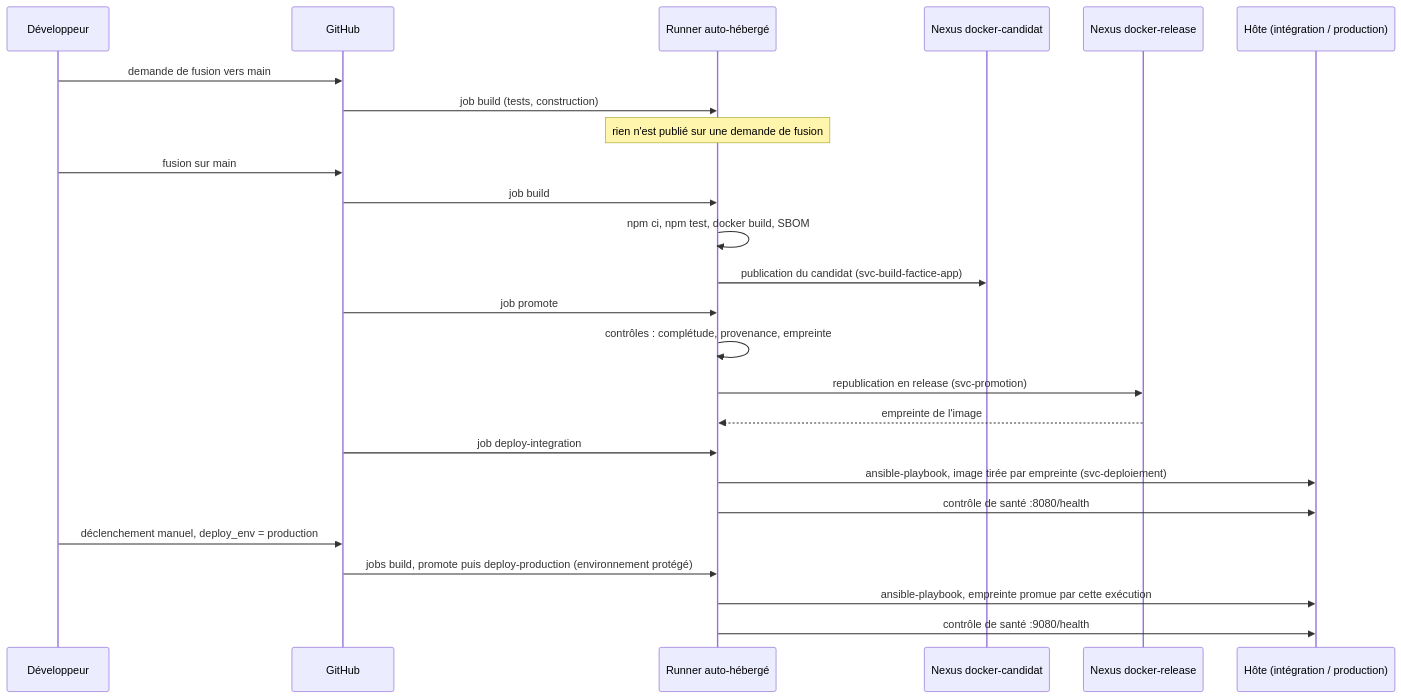
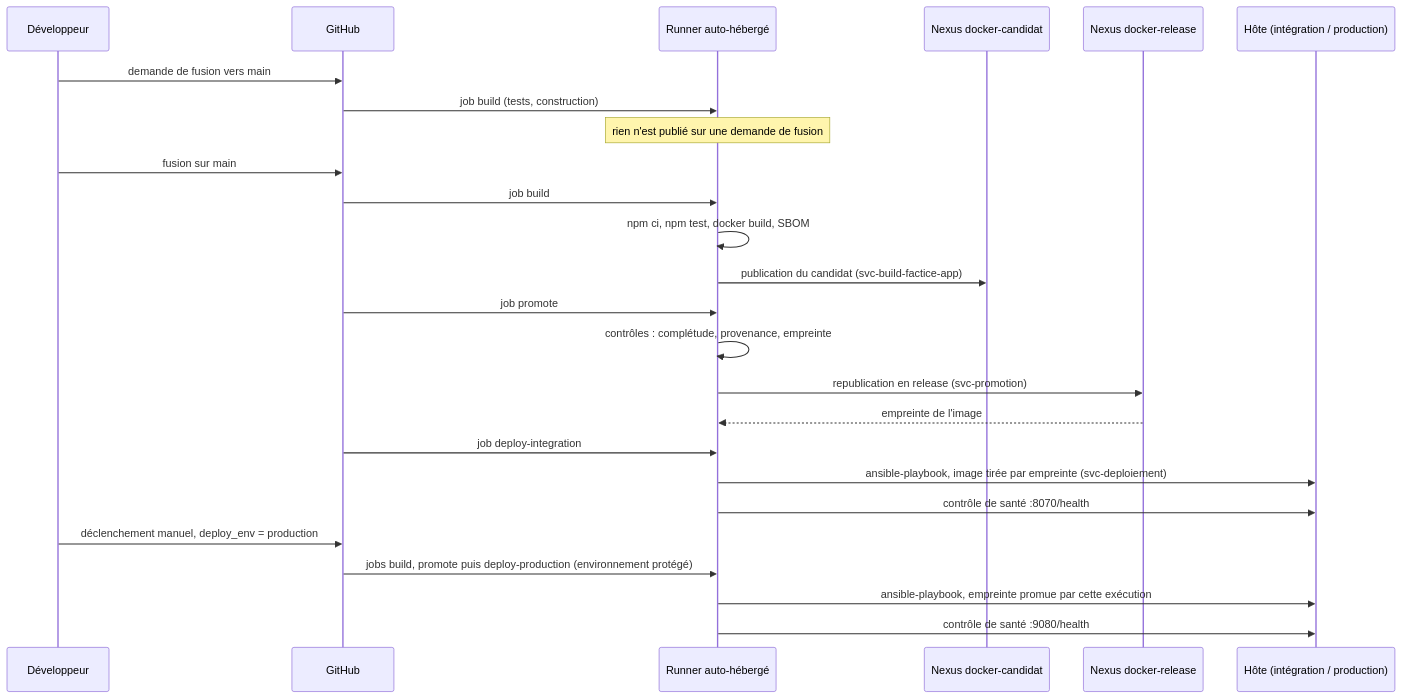
Before and after one commit to logo-solutions/factice: the first of 2 diagrams in Docs/2-pipeline-livraison/ci-cd/pipeline-build-promotion.md, drawn with Mermaid. The commit also changed other lines of this file and 12 other files, not shown here.

````diff
--- a/Docs/2-pipeline-livraison/ci-cd/pipeline-build-promotion.md
+++ b/Docs/2-pipeline-livraison/ci-cd/pipeline-build-promotion.md
@@ -7,28 +7,28 @@
 ```mermaid
 sequenceDiagram
     participant Dev as Développeur
     participant GH as GitHub
     participant R as Runner auto-hébergé
     participant NC as Nexus docker-candidat
     participant NR as Nexus docker-release
     participant H as Hôte (intégration / production)
 
     Dev->>GH: demande de fusion vers main
     GH->>R: job build (tests, construction)
     Note over R: rien n'est publié sur une demande de fusion
     Dev->>GH: fusion sur main
     GH->>R: job build
     R->>R: npm ci, npm test, docker build, SBOM
     R->>NC: publication du candidat (svc-build-factice-app)
     GH->>R: job promote
     R->>R: contrôles : complétude, provenance, empreinte
     R->>NR: republication en release (svc-promotion)
     NR-->>R: empreinte de l'image
     GH->>R: job deploy-integration
     R->>H: ansible-playbook, image tirée par empreinte (svc-deploiement)
-    R->>H: contrôle de santé :8080/health
+    R->>H: contrôle de santé :8070/health
     Dev->>GH: déclenchement manuel, deploy_env = production
     GH->>R: jobs build, promote puis deploy-production (environnement protégé)
     R->>H: ansible-playbook, empreinte promue par cette exécution
     R->>H: contrôle de santé :9080/health
 ```
````
